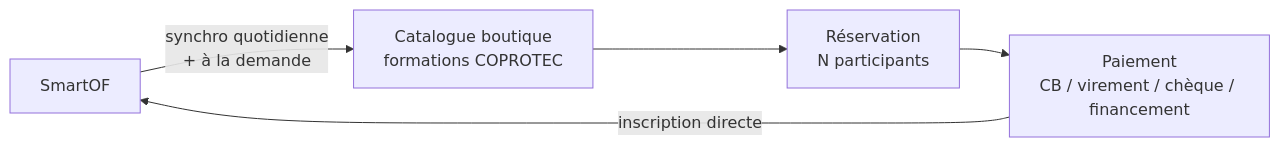
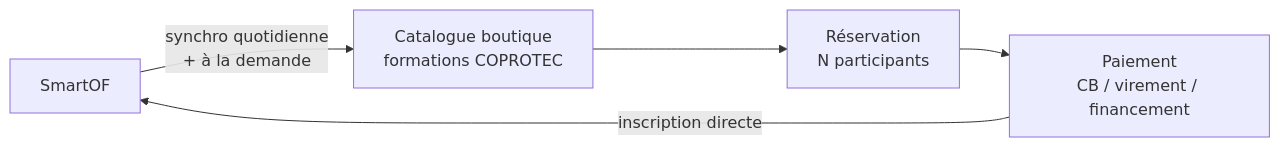
One commit to coprotec/boutique changed the first of 3 diagrams in CAHIER_DES_CHARGES.md. Above: the diagram before and after it, drawn with Mermaid. The commit also changed other lines of this file and 21 other files, not shown here.

````diff
--- a/CAHIER_DES_CHARGES.md
+++ b/CAHIER_DES_CHARGES.md
@@ -50,7 +50,7 @@
 ```mermaid
 flowchart LR
   S[SmartOF] -->|synchro quotidienne<br/>+ à la demande| C[Catalogue boutique<br/>formations COPROTEC]
   C --> R[Réservation<br/>N participants]
-  R --> P[Paiement<br/>CB / virement / chèque / financement]
+  R --> P[Paiement<br/>CB / virement / financement]
   P -->|inscription directe| S
 ```
````
